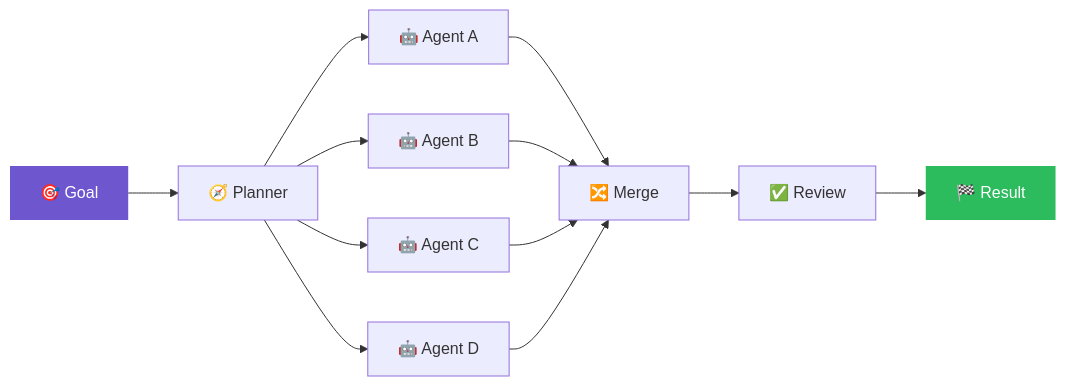
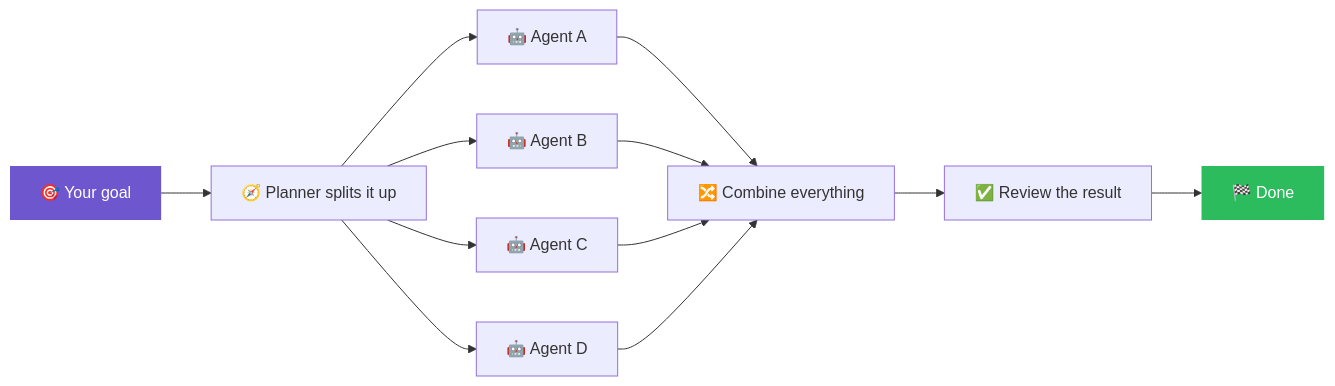
The second of 2 diagrams in README.md (dragonked2/alphacode), drawn with Mermaid before and after one commit. The commit also changed other lines of this file, not shown here.

````diff
--- a/README.md
+++ b/README.md
@@ -603,17 +656,17 @@
 ```mermaid
 flowchart LR
-    G["🎯 Goal"] --> P["🧭 Planner"]
+    G["🎯 Your goal"] --> P["🧭 Planner splits it up"]
     P --> A["🤖 Agent A"]
     P --> B["🤖 Agent B"]
     P --> C["🤖 Agent C"]
     P --> D["🤖 Agent D"]
-    A --> M["🔀 Merge"]
+    A --> M["🔀 Combine everything"]
     B --> M
     C --> M
     D --> M
-    M --> R["✅ Review"]
-    R --> X["🏁 Result"]
+    M --> R["✅ Review the result"]
+    R --> X["🏁 Done"]
 
     style G fill:#6E56CF,color:#fff,stroke:none
     style X fill:#2CBB5D,color:#fff,stroke:none
 ```
````
